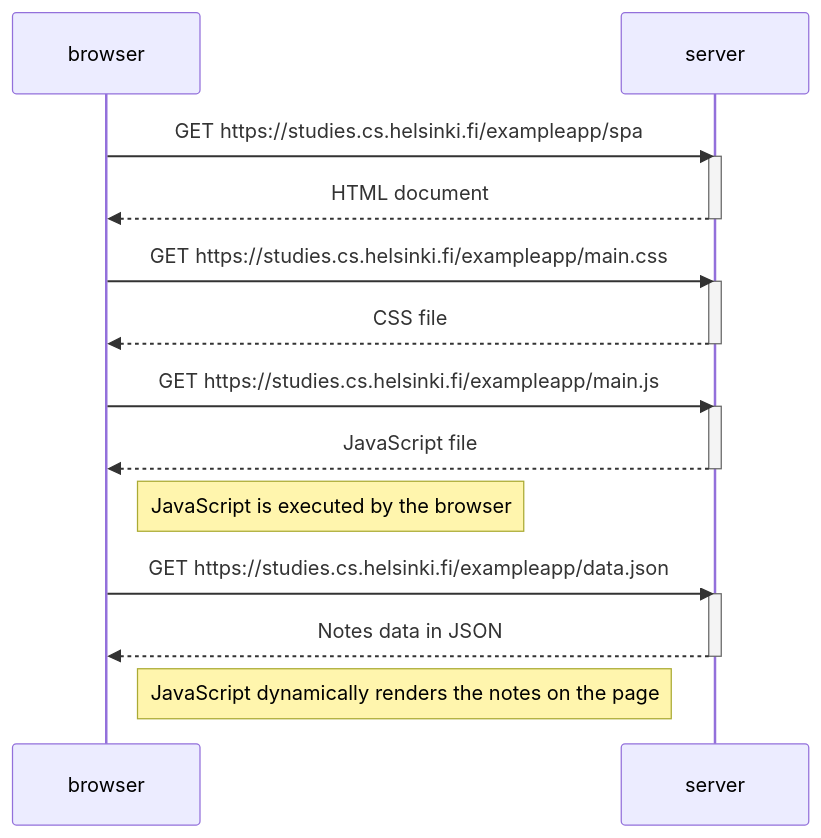
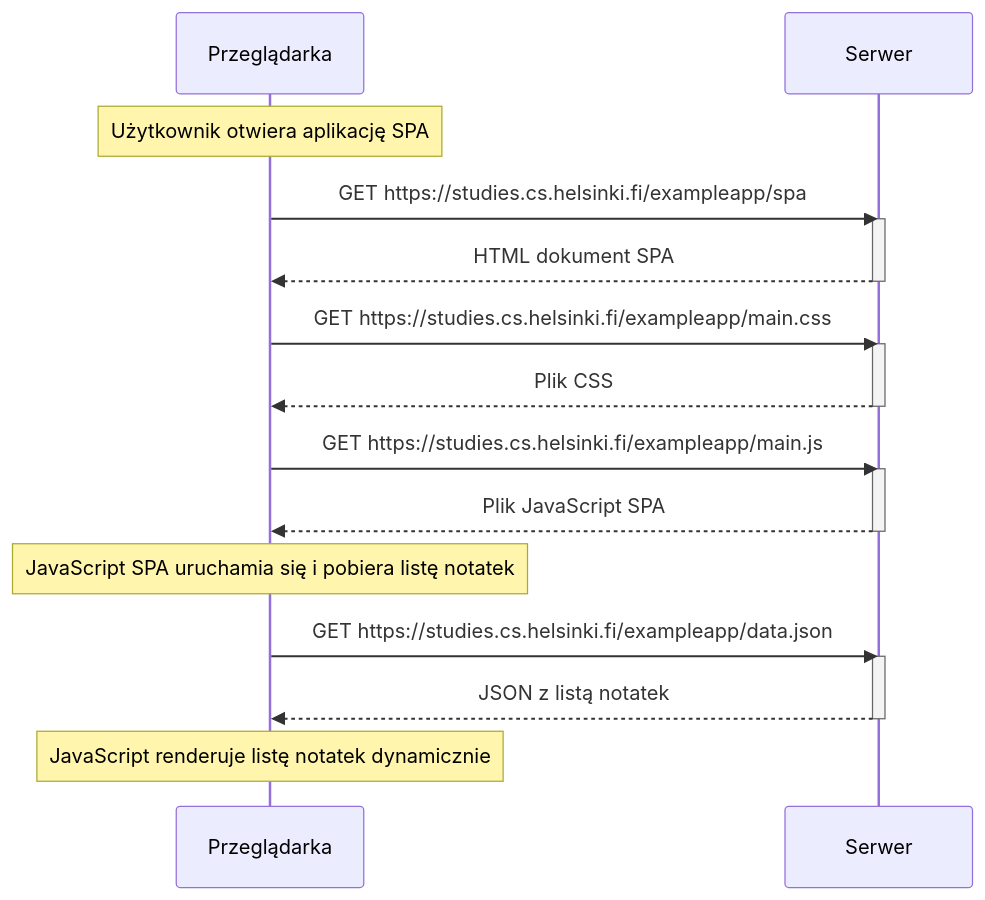
Before and after one commit to KrystianDulny8/FullStack: the diagram in Part0/Jednostronicowy diagram 0.5.mmd, drawn with Mermaid. The commit also changed 2 other files, not shown here.

Commit message:
Dodano diagram nowej notatki

```diff
--- a/Part0/Jednostronicowy diagram 0.5.mmd
+++ b/Part0/Jednostronicowy diagram 0.5.mmd
@@ -1,27 +1,27 @@
 sequenceDiagram
-    participant browser
-    participant server
+    participant browser as Przeglądarka
+    participant server as Serwer
 
+    Note over browser: Użytkownik otwiera aplikację SPA
     browser->>server: GET https://studies.cs.helsinki.fi/exampleapp/spa
     activate server
-    server-->>browser: HTML document
+    server-->>browser: HTML dokument SPA
     deactivate server
 
     browser->>server: GET https://studies.cs.helsinki.fi/exampleapp/main.css
     activate server
-    server-->>browser: CSS file
+    server-->>browser: Plik CSS
     deactivate server
 
     browser->>server: GET https://studies.cs.helsinki.fi/exampleapp/main.js
     activate server
-    server-->>browser: JavaScript file
+    server-->>browser: Plik JavaScript SPA
     deactivate server
 
-    Note right of browser: JavaScript is executed by the browser
-
+    Note over browser: JavaScript SPA uruchamia się i pobiera listę notatek
     browser->>server: GET https://studies.cs.helsinki.fi/exampleapp/data.json
     activate server
-    server-->>browser: Notes data in JSON
+    server-->>browser: JSON z listą notatek
     deactivate server
 
-    Note right of browser: JavaScript dynamically renders the notes on the page
+    Note over browser: JavaScript renderuje listę notatek dynamicznie
```
